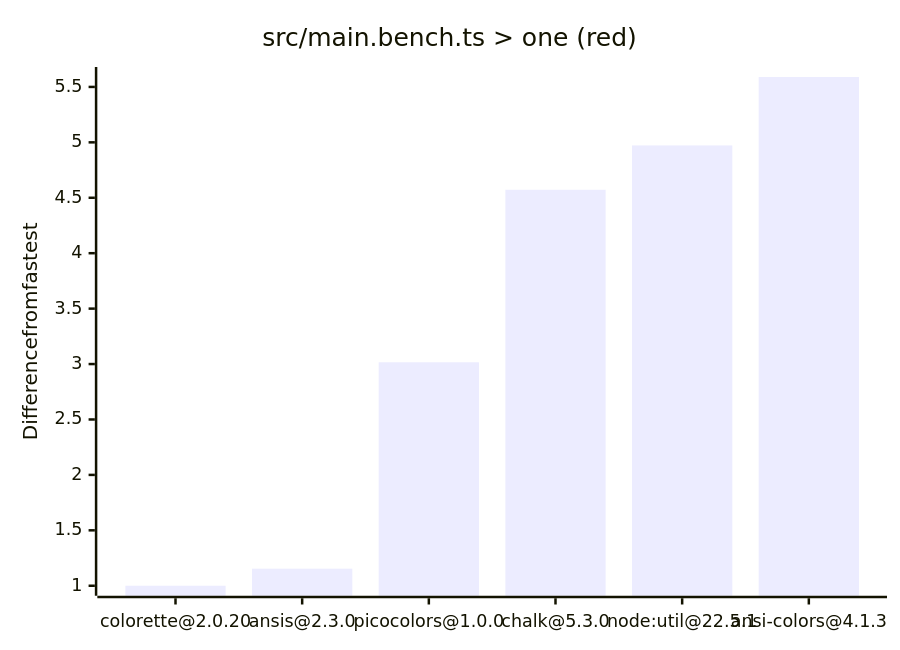
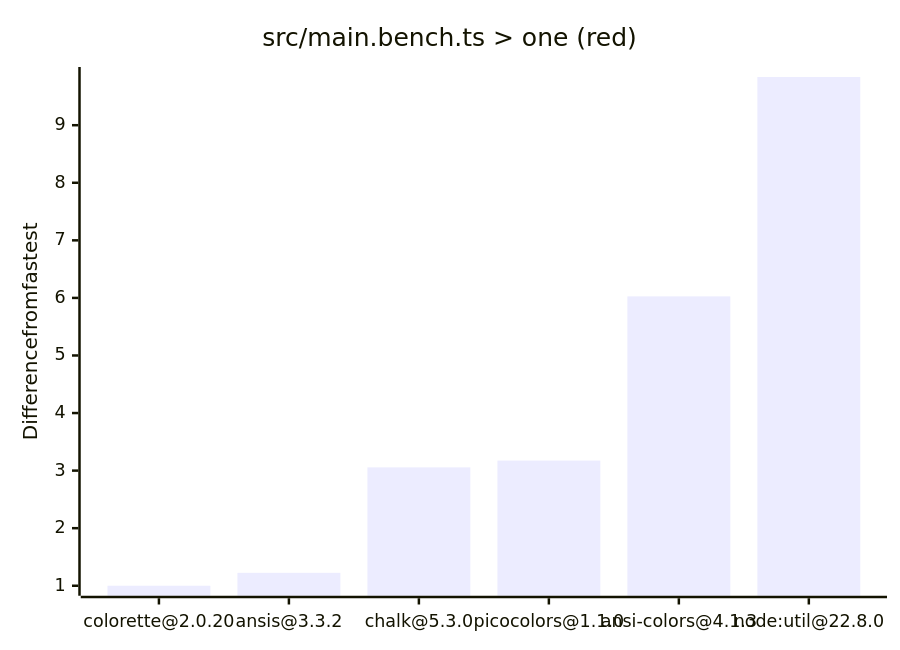
One commit to beeequeue/node-cli-colors-benchmark changed the first of 4 diagrams in README.md. Above: the diagram before and after it, drawn with Mermaid. The commit also changed other lines of this file, not shown here.

Commit message:
Update graphs

````diff
--- a/README.md
+++ b/README.md
@@ -17,7 +17,7 @@
 ```mermaid
 xychart-beta
   title "src/main.bench.ts > one (red)"
-  x-axis ["colorette@2.0.20", "ansis@2.3.0", "picocolors@1.0.0", "chalk@5.3.0", "node:util@22.5.1", "ansi-colors@4.1.3"]
+  x-axis ["colorette@2.0.20", "ansis@3.3.2", "chalk@5.3.0", "picocolors@1.1.0", "ansi-colors@4.1.3", "node:util@22.8.0"]
   y-axis Difference from fastest
-  bar [1.0000, 1.1541, 3.0158, 4.5723, 4.9722, 5.5895]
+  bar [1.0000, 1.2242, 3.0563, 3.1742, 6.0268, 9.8374]
 ```
````
